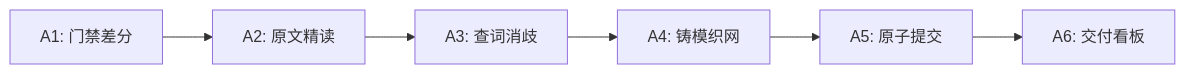
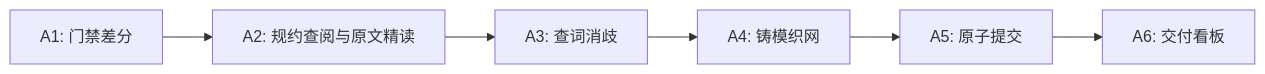
One commit to capsulae/skills changed the diagram in wiki-curator/SKILL.md. Above: the diagram before and after it, drawn with Mermaid. The commit also changed other lines of this file, not shown here.

````diff
--- a/wiki-curator/SKILL.md
+++ b/wiki-curator/SKILL.md
@@ -33,8 +33,8 @@
 ```mermaid
 flowchart LR
-    A1["A1: 门禁差分"] --> A2["A2: 原文精读"]
+    A1["A1: 门禁差分"] --> A2["A2: 规约查阅与原文精读"]
     A2 --> A3["A3: 查词消歧"]
     A3 --> A4["A4: 铸模织网"]
     A4 --> A5["A5: 原子提交"]
     A5 --> A6["A6: 交付看板"]
 ```
````
